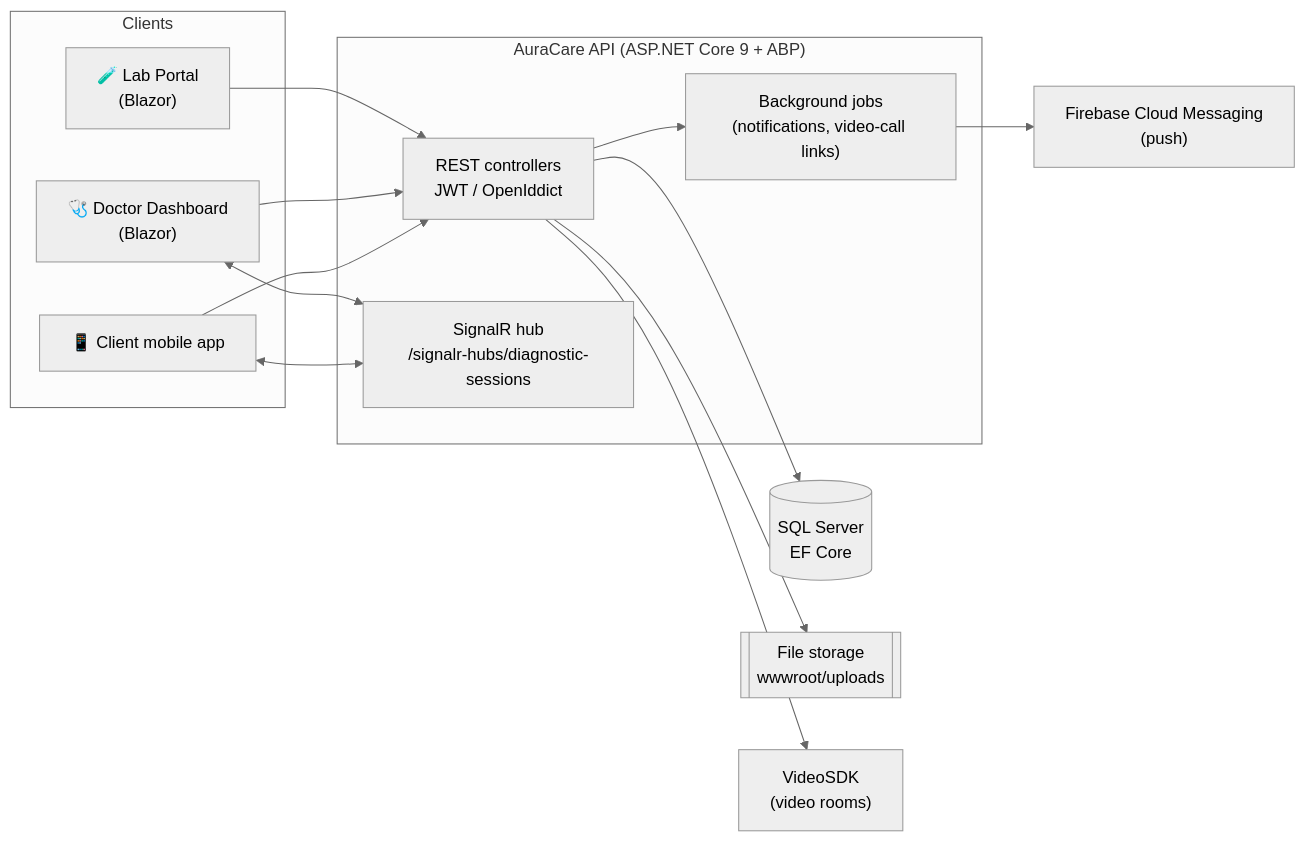
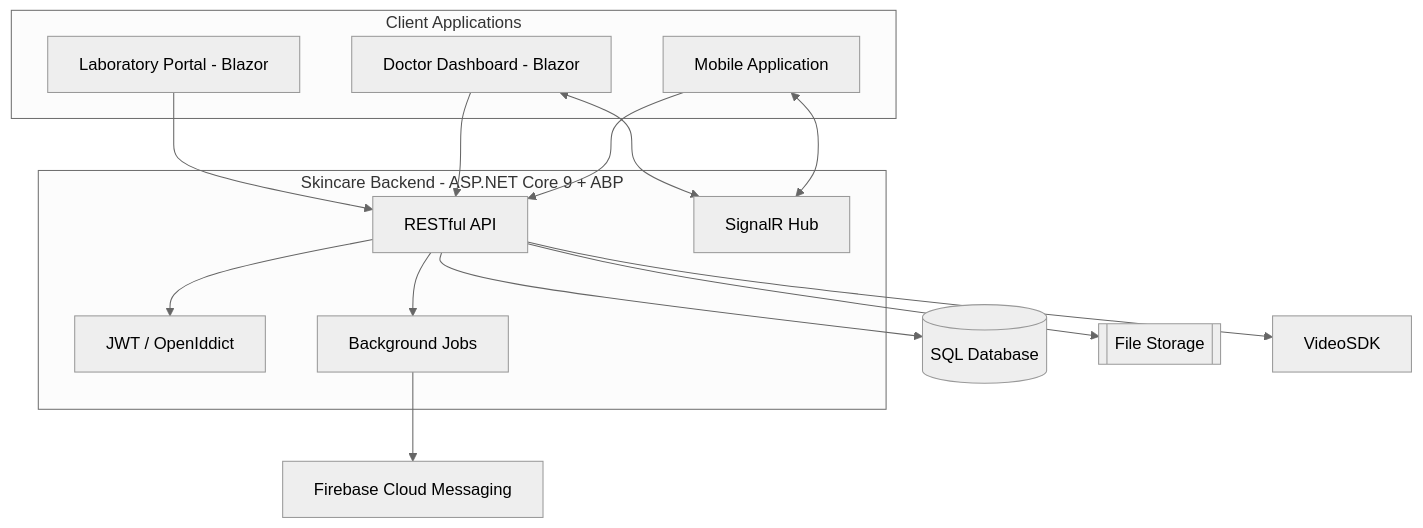
Before and after one commit to Androadeb/auracare: the diagram in README.md, drawn with Mermaid (neutral theme). The commit also changed other lines of this file, not shown here.

First line of the commit message:
Revise README for Skincare platform details

````diff
--- a/README.md
+++ b/README.md
@@ -43,30 +55,35 @@
 ```mermaid
-flowchart LR
-    subgraph Clients
-        M["📱 Client mobile app"]
-        D["🩺 Doctor Dashboard<br/>(Blazor)"]
-        L["🧪 Lab Portal<br/>(Blazor)"]
+flowchart TB
+    subgraph Clients["Client Applications"]
+        M["Mobile Application"]
+        D["Doctor Dashboard - Blazor"]
+        L["Laboratory Portal - Blazor"]
     end
 
-    subgraph Backend["AuraCare API (ASP.NET Core 9 + ABP)"]
-        API["REST controllers<br/>JWT / OpenIddict"]
-        HUB["SignalR hub<br/>/signalr-hubs/diagnostic-sessions"]
-        JOBS["Background jobs<br/>(notifications, video-call links)"]
+    subgraph Backend["Skincare Backend - ASP.NET Core 9 + ABP"]
+        API["RESTful API"]
+        AUTH["JWT / OpenIddict"]
+        HUB["SignalR Hub"]
+        JOBS["Background Jobs"]
     end
 
-    DB[("SQL Server<br/>EF Core")]
-    FS[["File storage<br/>wwwroot/uploads"]]
-    FCM["Firebase Cloud Messaging<br/>(push)"]
-    VSDK["VideoSDK<br/>(video rooms)"]
+    DB[("SQL Database")]
+    FS[["File Storage"]]
+    FCM["Firebase Cloud Messaging"]
+    VIDEO["VideoSDK"]
 
     M --> API
     D --> API
     L --> API
+
+    API --> AUTH
     M <--> HUB
     D <--> HUB
+
     API --> DB
     API --> FS
+    API --> VIDEO
+    API --> JOBS
+
     JOBS --> FCM
-    API --> VSDK
-    API --> JOBS
 ```
````
